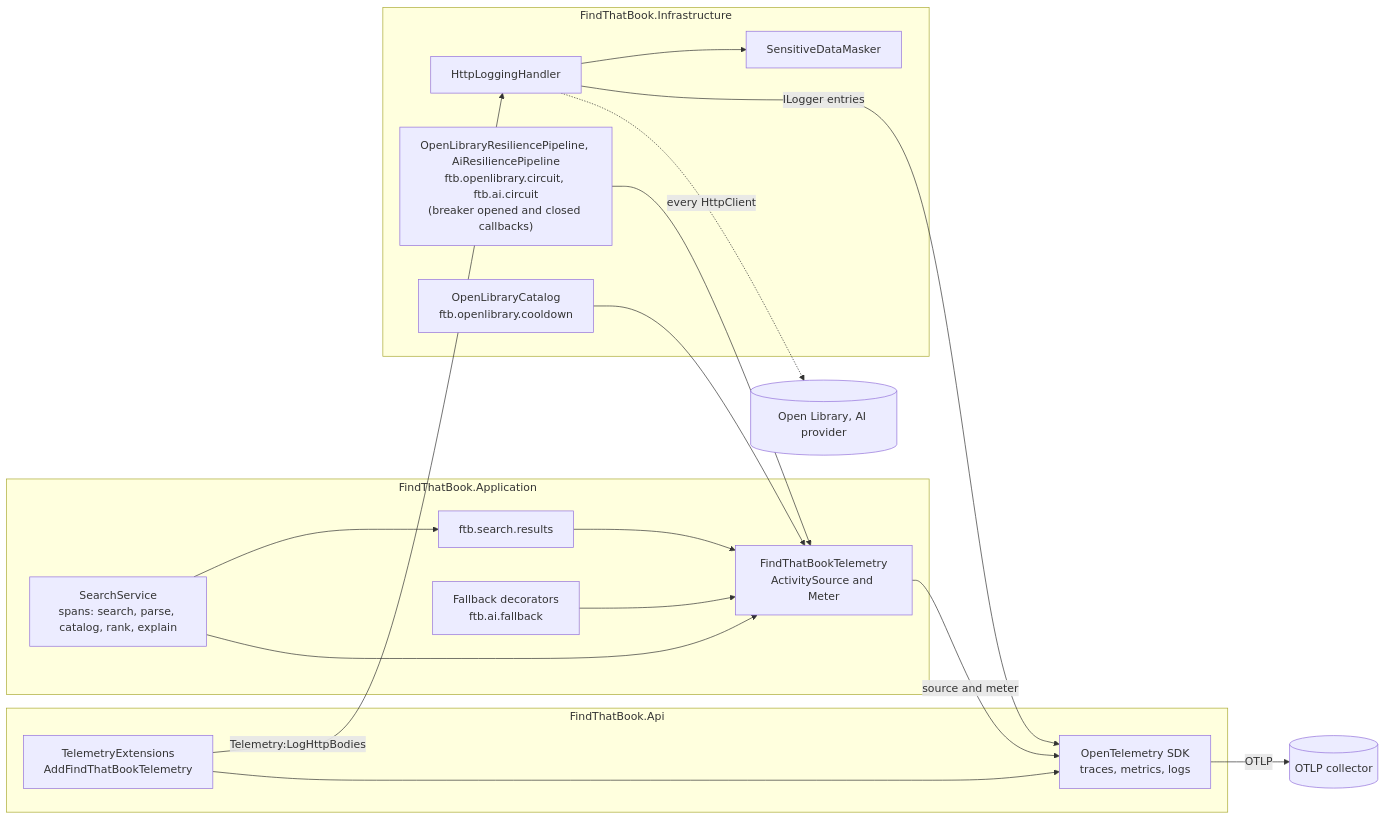
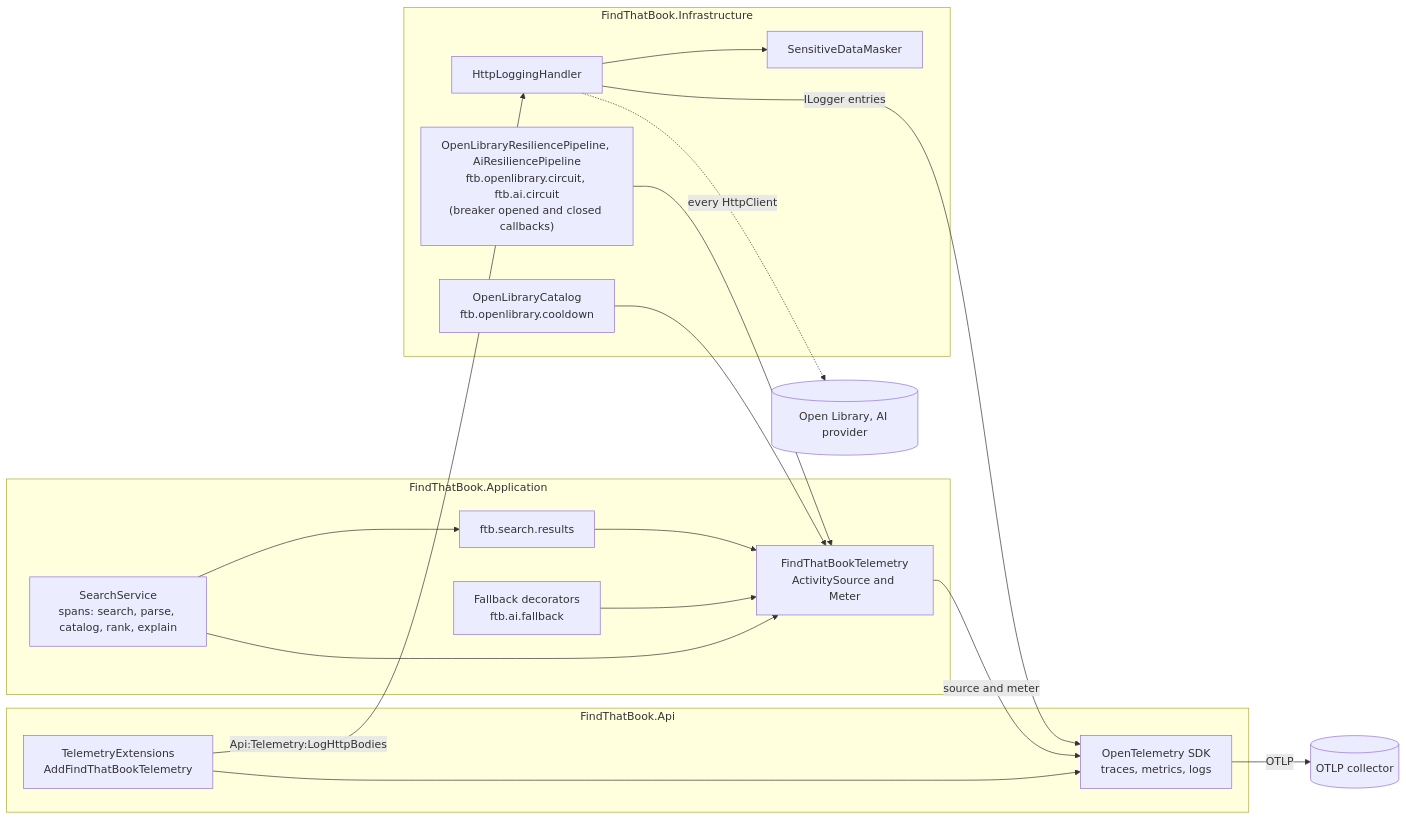
One commit to juan-alvarez-at-trip-arc/find-that-book changed the diagram in docs/architecture/07-telemetry.md. Above: the diagram before and after it, drawn with Mermaid. The commit also changed other lines of this file and 43 other files, not shown here.

````diff
--- a/docs/architecture/07-telemetry.md
+++ b/docs/architecture/07-telemetry.md
@@ -5,34 +5,34 @@
 ```mermaid
 flowchart LR
     subgraph Api["FindThatBook.Api"]
         TE["TelemetryExtensions<br/>AddFindThatBookTelemetry"]
         OTel["OpenTelemetry SDK<br/>traces, metrics, logs"]
     end
 
     subgraph App_["FindThatBook.Application"]
         FT["FindThatBookTelemetry<br/>ActivitySource and Meter"]
         SS["SearchService<br/>spans: search, parse, catalog, rank, explain"]
         FB["Fallback decorators<br/>ftb.ai.fallback"]
         SR["ftb.search.results"]
     end
 
     subgraph Infra["FindThatBook.Infrastructure"]
         HL["HttpLoggingHandler"]
         M["SensitiveDataMasker"]
         OC["OpenLibraryCatalog<br/>ftb.openlibrary.cooldown"]
         RP["OpenLibraryResiliencePipeline, AiResiliencePipeline<br/>ftb.openlibrary.circuit, ftb.ai.circuit<br/>(breaker opened and closed callbacks)"]
     end
 
     SS --> FT
     FB --> FT
     SS --> SR --> FT
     OC --> FT
     RP --> FT
     TE --> OTel
     FT -- "source and meter" --> OTel
     HL --> M
     HL -- "ILogger entries" --> OTel
-    TE -- "Telemetry:LogHttpBodies" --> HL
+    TE -- "Api:Telemetry:LogHttpBodies" --> HL
     OTel -- "OTLP" --> col[(OTLP collector)]
     HL -. "every HttpClient" .-> ext[(Open Library, AI provider)]
 ```
````
